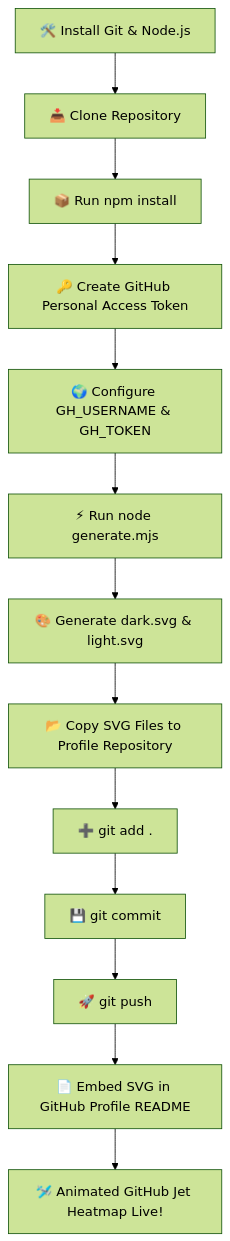
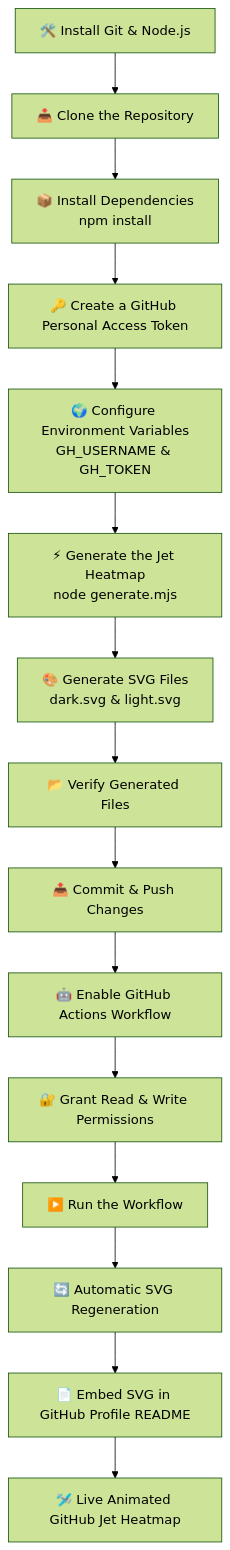
Before and after one commit to LoganthP/JetCommit: the second of 2 diagrams in README.md, drawn with Mermaid (forest theme).

````diff
--- a/README.md
+++ b/README.md
@@ -461,15 +461,18 @@
 ```mermaid
 flowchart TD
-    A[🛠️ Install Git & Node.js] --> B[📥 Clone Repository]
-    B --> C[📦 Run npm install]
-    C --> D[🔑 Create GitHub Personal Access Token]
-    D --> E[🌍 Configure GH_USERNAME & GH_TOKEN]
-    E --> F[⚡ Run node generate.mjs]
-    F --> G[🎨 Generate dark.svg & light.svg]
-    G --> H[📂 Copy SVG Files to Profile Repository]
-    H --> I[➕ git add .]
-    I --> J[💾 git commit]
-    J --> K[🚀 git push]
-    K --> L[📄 Embed SVG in GitHub Profile README]
-    L --> M[🛩️ Animated GitHub Jet Heatmap Live!]
+
+    A[🛠️ Install Git & Node.js] --> B[📥 Clone the Repository]
+    B --> C[📦 Install Dependencies<br/>npm install]
+    C --> D[🔑 Create a GitHub Personal Access Token]
+    D --> E[🌍 Configure Environment Variables<br/>GH_USERNAME & GH_TOKEN]
+    E --> F[⚡ Generate the Jet Heatmap<br/>node generate.mjs]
+    F --> G[🎨 Generate SVG Files<br/>dark.svg & light.svg]
+    G --> H[📂 Verify Generated Files]
+    H --> I[📤 Commit & Push Changes]
+    I --> J[🤖 Enable GitHub Actions Workflow]
+    J --> K[🔐 Grant Read & Write Permissions]
+    K --> L[▶️ Run the Workflow]
+    L --> M[🔄 Automatic SVG Regeneration]
+    M --> N[📄 Embed SVG in GitHub Profile README]
+    N --> O[🛩️ Live Animated GitHub Jet Heatmap]
 ```
````
